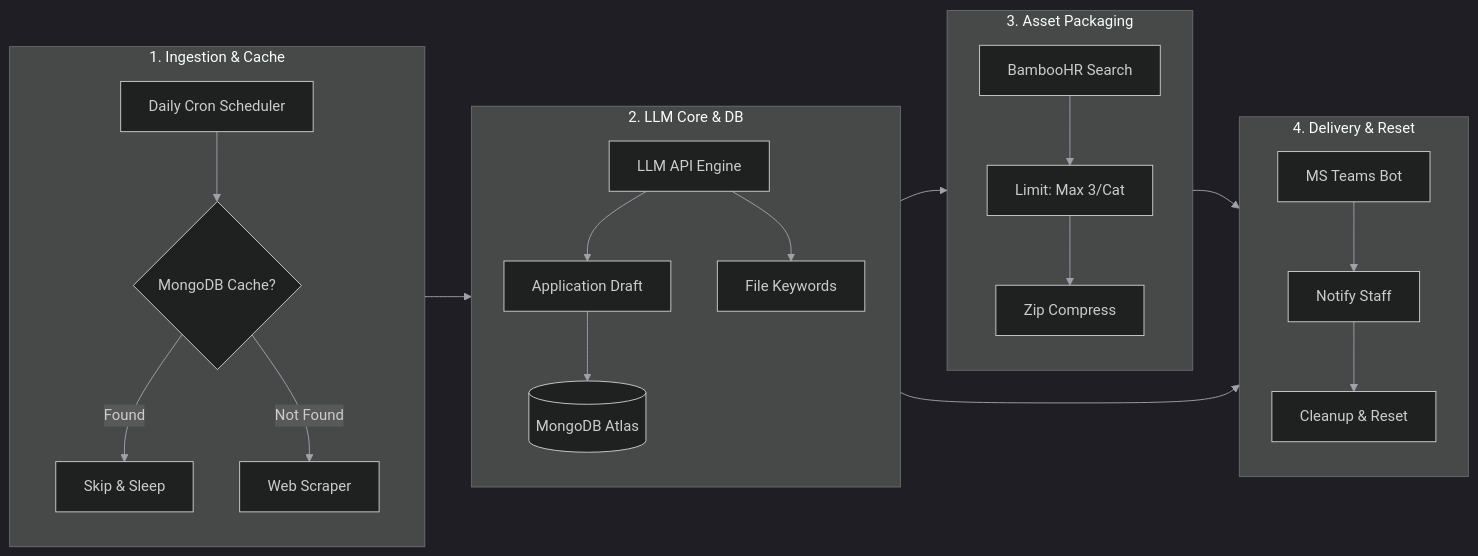
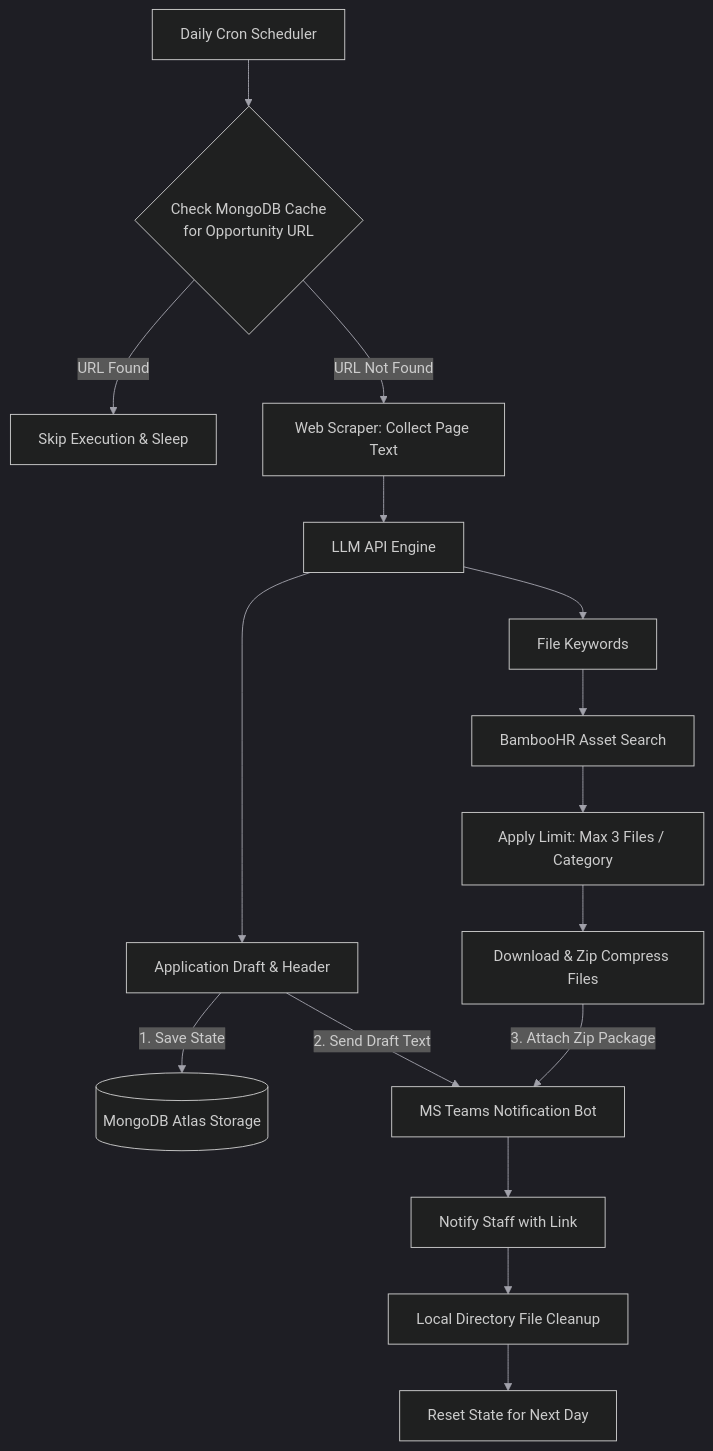
Before and after one commit to wevans02/Meta-Employment-Services-Internship: the diagram in Agentic-AI-system/README.md, drawn with Mermaid.

Commit message:
new formatting

````diff
--- a/Agentic-AI-system/README.md
+++ b/Agentic-AI-system/README.md
@@ -7,37 +7,26 @@
 ```mermaid
 %%{init: { 'theme': 'dark', 'themeVariables': { 'lineColor': '#a1a1aa', 'labelColor': '#ffffff', 'primaryColor': '#1e293b', 'primaryTextColor': '#ffffff', 'actorLineColor': '#ffffff' }}}%%
-graph LR
-    %% Column 1: Ingestion & Deduplication
-    subgraph Ingestion [1. Ingestion & Cache]
-        direction TB
-        Cron[Daily Cron Scheduler] --> CheckCache{MongoDB Cache?}
-        CheckCache -->|Found| Skip[Skip & Sleep]
-        CheckCache -->|Not Found| Scraper[Web Scraper]
-    end
+graph TD
+    %% Left Column: Ingestion & Draft Generation
+    Cron[Daily Cron Scheduler] --> CheckCache{Check MongoDB Cache<br/>for Opportunity URL}
+    CheckCache -->|URL Found| Skip[Skip Execution & Sleep]
+    CheckCache -->|URL Not Found| Scraper[Web Scraper: Collect Page Text]
+    
+    Scraper --> LLM[LLM API Engine]
+    LLM --> Draft[Application Draft & Header]
+    LLM --> Keywords[File Keywords]
+    
+    Draft -->|1. Save State| Mongo[(MongoDB Atlas Storage)]
 
-    %% Column 2: LLM Engine & Early Storage
-    subgraph Core [2. LLM Core & DB]
-        direction TB
-        Scraper --> LLM[LLM API Engine]
-        LLM --> Draft[Application Draft]
-        LLM --> Keywords[File Keywords]
-        Draft --> Mongo[(MongoDB Atlas)]
-    end
-
-    %% Column 3: Asset Packaging
-    subgraph Packaging [3. Asset Packaging]
-        direction TB
-        Keywords --> Bamboo[BambooHR Search]
-        Bamboo --> Limit[Limit: Max 3/Cat]
-        Limit --> Zip[Zip Compress]
-    end
-
-    %% Column 4: Delivery & Cleanup
-    subgraph Delivery [4. Delivery & Reset]
-        direction TB
-        Draft --> Teams[MS Teams Bot]
-        Zip --> Teams
-        Teams --> Notify[Notify Staff]
-        Notify --> Cleanup[Cleanup & Reset]
-    end
+    %% Right Column: Asset Retrieval & Delivery
+    Keywords --> Bamboo[BambooHR Asset Search]
+    Bamboo --> Limit[Apply Limit: Max 3 Files / Category]
+    Limit --> Zip[Download & Zip Compress Files]
+    
+    Draft -->|2. Send Draft Text| Teams[MS Teams Notification Bot]
+    Zip -->|3. Attach Zip Package| Teams
+    
+    Teams --> Notify[Notify Staff with Link]
+    Notify --> Cleanup[Local Directory File Cleanup]
+    Cleanup --> Reset[Reset State for Next Day]
 ```
````
